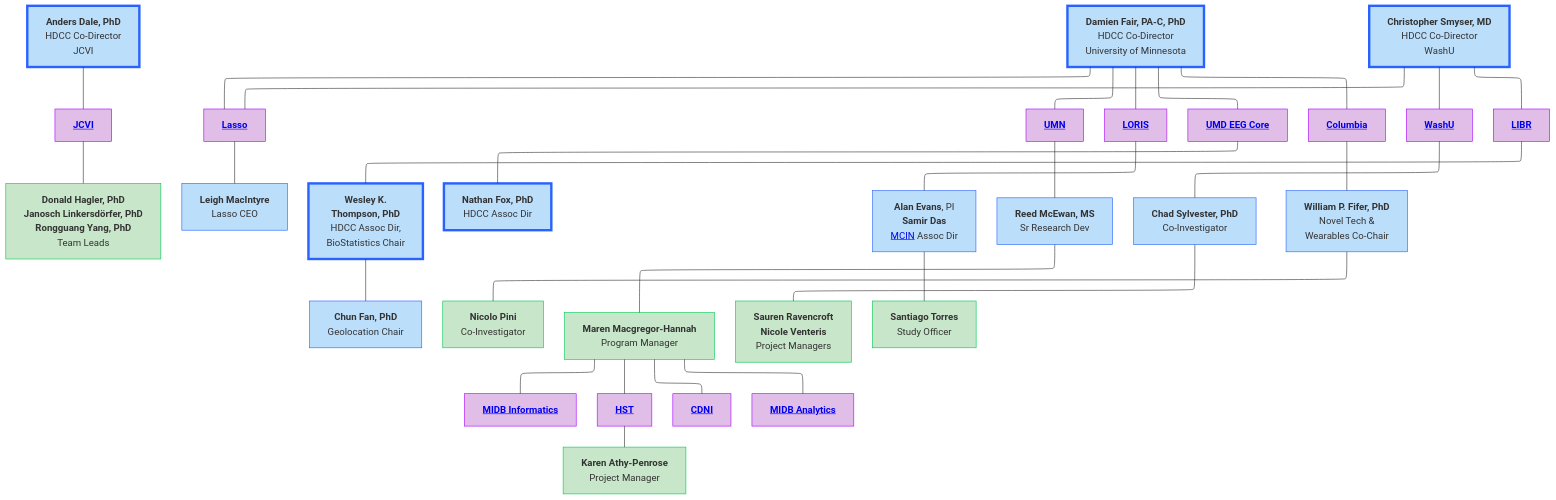
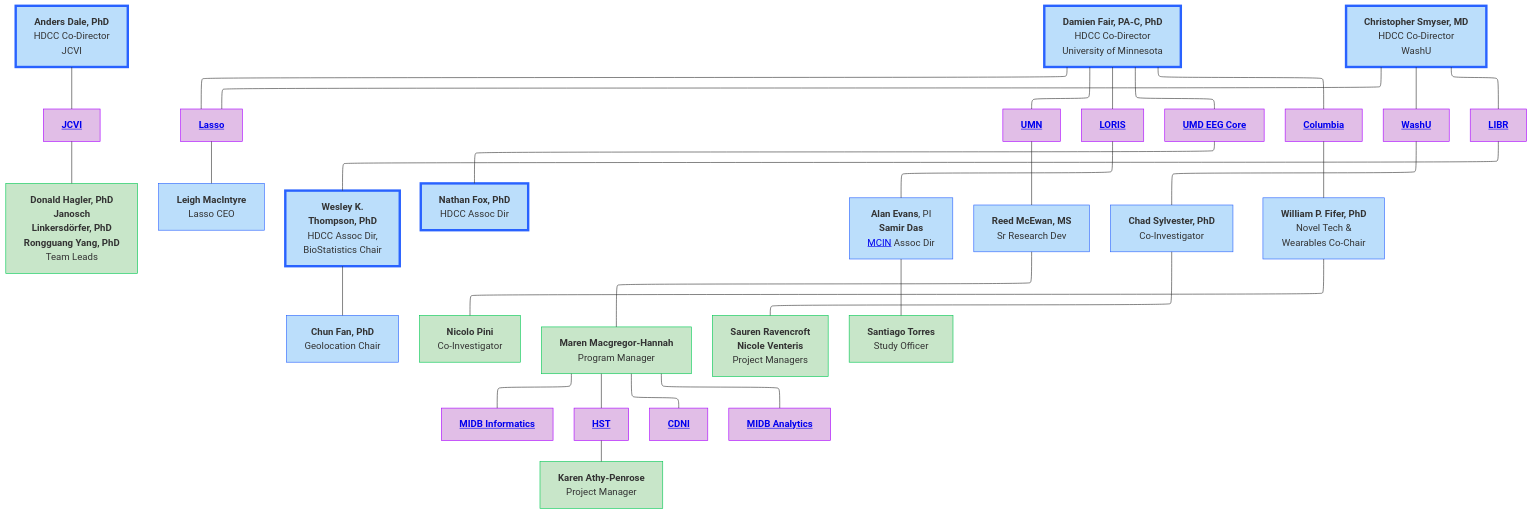
The diagram in docs/orgcharts-alt.md (DCAN-Labs/hbcd-docs-internal), drawn with Mermaid before and after one commit.

````diff
--- a/docs/orgcharts-alt.md
+++ b/docs/orgcharts-alt.md
@@ -3,69 +3,69 @@
 ```mermaid
 ---
 config:
   layout: elk
 ---
 flowchart TB
     n2["<b>Anders Dale, PhD<br></b>HDCC Co-Director<br>JCVI"] --- jcvi["<a href="#j-craig-venter-institute" target="_top"><b>JCVI</b></a>"]
-    jcvi --- jcvileads["<b>Donald Hagler, PhD<br>Janosch Linkersdörfer, PhD<br>Rongguang Yang, PhD</b><br>Team Leads"]
+    jcvi --- jcvileads["<b>Donald Hagler, PhD<br>Janosch<br>Linkersdörfer, PhD<br>Rongguang Yang, PhD</b><br>Team Leads"]
     E["<b>Damien Fair, PA-C, PhD</b><br>HDCC Co-Director<br>University of Minnesota"] --- lasso["<a href="#lasso" target="_top"><b>Lasso</b></a>"] & umn["<a href="#university-of-minnesota" target="_top"><b>UMN</b></a>"] & n7["<a href="#loris" target="_top"><b>LORIS</b></a>"] & n8["<a href="#university-of-maryland" target="_top"><b>UMD EEG Core</b></a>"] & n11["<a href="#columbia-university" target="_top"><b>Columbia</b></a>"]
     lasso --- lasso1["<b>Leigh MacIntyre</b><br>Lasso CEO"]
     n1["<b>Christopher Smyser, MD<br></b>HDCC Co-Director<br>WashU"] --- n10["<a href="#washu" target="_top"><b>WashU</b></a>"] & n12["<a href="#libr" target="_top"><b>LIBR</b></a>"] & lasso
     n16["<b>Wesley K.<br>Thompson, PhD</b><br>HDCC Assoc Dir,<br>BioStatistics Chair"] --- n17["<b>Chun Fan, PhD</b><br>Geolocation Chair"]
     n12 --- n16
     n8 --- n19["<b>Nathan Fox, PhD<br></b>HDCC Assoc Dir"]
     n7 --- n20["<b>Alan Evans</b>, PI<br><b>Samir Das</b><br><a href="https://mcin.ca/about-mcin/" target="_blank">MCIN</a> Assoc Dir"]
     umn --- reed["<b>Reed McEwan, MS</b><br>Sr Research Dev"]
     n10 --- n22["<b>Chad Sylvester, PhD</b><br>Co-Investigator"]
     n11 --- n18["<b>William P. Fifer, PhD</b><br>Novel Tech &<br>Wearables Co-Chair"]
     n18 --- n34["<b>Nicolo Pini</b><br>Co-Investigator"]
     reed --- n30["<b>Maren Macgregor-Hannah</b><br>Program Manager"]
     n30 --- n25["<a href="#midb-informatics-hub-msi" target="_top"><b>MIDB Informatics</b></a>"]
     n30 --- n27["<a href="#health-sciences-technology" target="_top"><b>HST</b></a>"]
     n30 --- n28["<a href="#center-for-developmental-neuroimaging" target="_top"><b>CDNI</b></a>"]
     n30 --- n29["<a href="#midb-analytics-hub" target="_top"><b>MIDB Analytics</b></a>"]
     n27 --- n31["<b>Karen Athy-Penrose</b><br>Project Manager"]
     n22 --- n32["<b>Sauren Ravencroft<br>Nicole Venteris</b><br>Project Managers"]
     n20 --- n33["<b>Santiago Torres</b><br>Study Officer"]
     style n2 fill:#BBDEFB,stroke:#2962FF,stroke-width:4px
     style jcvi fill:#E1BEE7,stroke:#AA00FF
     style E fill:#BBDEFB,stroke:#2962FF,stroke-width:4px
     style lasso fill:#E1BEE7,stroke:#AA00FF
     style umn fill:#E1BEE7,stroke:#AA00FF
     style n7 fill:#E1BEE7,stroke:#AA00FF
     style n8 fill:#E1BEE7,stroke:#AA00FF
     style n11 fill:#E1BEE7,stroke:#AA00FF
     style lasso1 fill:#BBDEFB,stroke:#2962FF
     style n1 fill:#BBDEFB,stroke:#2962FF,stroke-width:4px
     style n10 fill:#E1BEE7,stroke:#AA00FF
     style n12 fill:#E1BEE7,stroke:#AA00FF
     style n16 fill:#BBDEFB,stroke:#2962FF,stroke-width:4px
     style n17 fill:#BBDEFB,stroke:#2962FF
     style n19 fill:#BBDEFB,stroke:#2962FF,stroke-width:4px
     style n20 fill:#BBDEFB,stroke:#2962FF
     style reed fill:#BBDEFB,stroke:#2962FF
     style n22 fill:#BBDEFB,stroke:#2962FF
     style n18 fill:#BBDEFB,stroke:#2962FF
     style n25 fill:#E1BEE7,stroke:#AA00FF
     style n27 fill:#E1BEE7,stroke:#AA00FF
     style n28 fill:#E1BEE7,stroke:#AA00FF
     style n29 fill:#E1BEE7,stroke:#AA00FF
     style n30 fill:#C8E6C9,stroke:#00C853
     style n31 fill:#C8E6C9,stroke:#00C853
     style n32 fill:#C8E6C9,stroke:#00C853
     style n33 fill:#C8E6C9,stroke:#00C853
     style n34 fill:#C8E6C9,stroke:#00C853
     style jcvileads fill:#C8E6C9,stroke:#00C853
     click jcvi "#j-craig-venter-institute"
     click lasso "#lasso"
     click umn "#university-of-minnesota"
     click n7 "#loris"
     click n8 "#university-of-maryland"
     click n10 "#washu"
     click n25 "#midb-informatics-hub-msi"
     click n29 "#midb-analytics-hub"
     click n27 "#health-sciences-technology"
     click n28 "#center-for-developmental-neuroimaging"
     click n12 "#libr"
     click n11 "#columbia-university"
 ```
````
